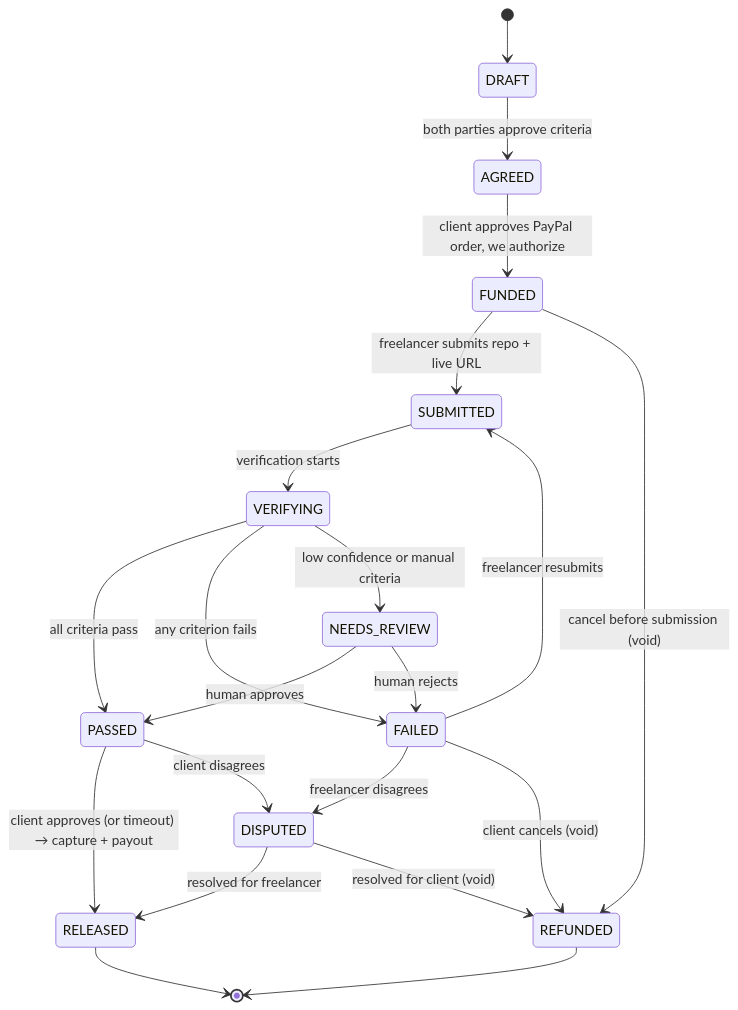
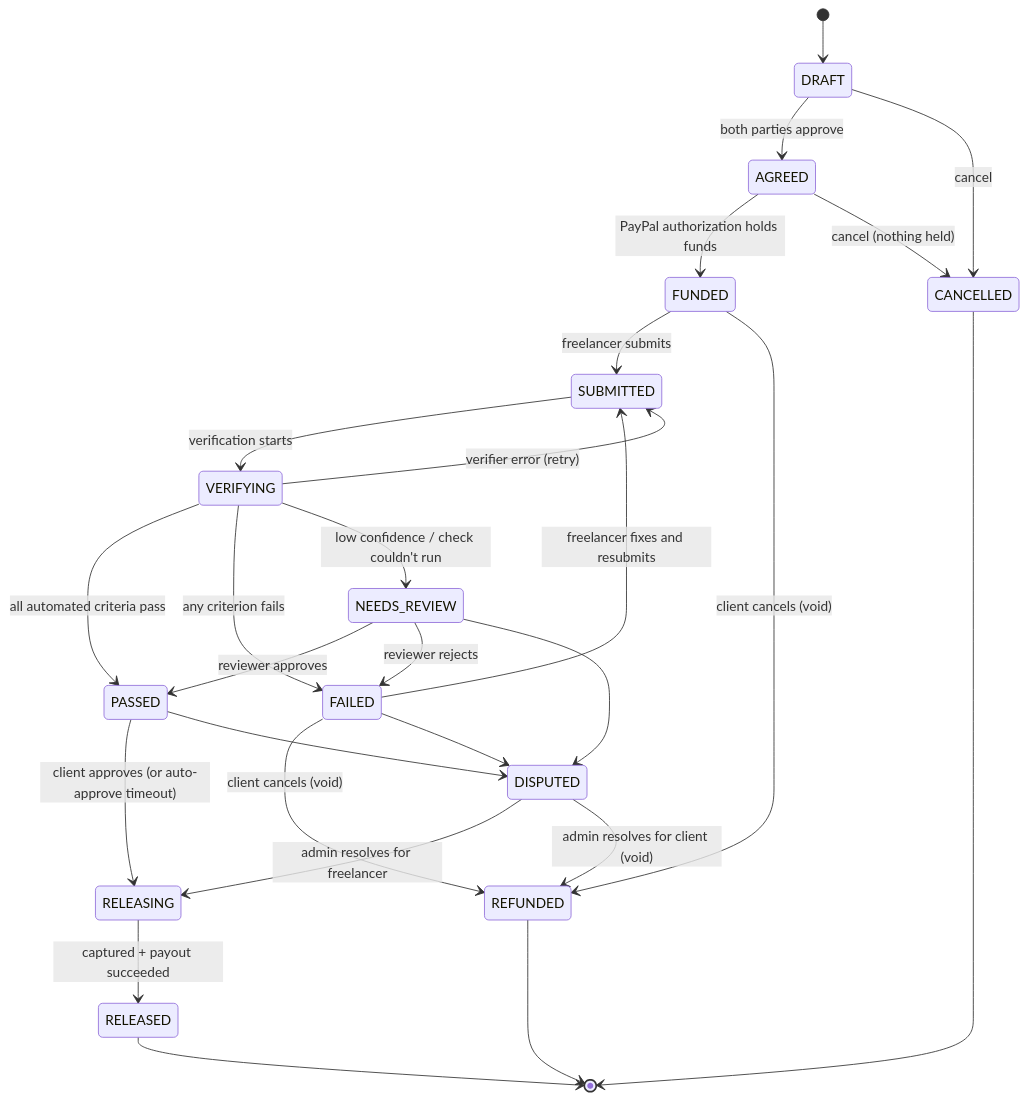
The second of 2 diagrams in docs/architecture.md (Sajidhussain19/PactPay), drawn with Mermaid before and after one commit. The commit also changed other lines of this file and 21 other files, not shown here.

````diff
--- a/docs/architecture.md
+++ b/docs/architecture.md
@@ -72,23 +72,29 @@
 ```mermaid
 stateDiagram-v2
     [*] --> DRAFT
-    DRAFT --> AGREED: both parties approve criteria
-    AGREED --> FUNDED: client approves PayPal order, we authorize
-    FUNDED --> SUBMITTED: freelancer submits repo + live URL
+    DRAFT --> AGREED: both parties approve
+    DRAFT --> CANCELLED: cancel
+    AGREED --> FUNDED: PayPal authorization holds funds
+    AGREED --> CANCELLED: cancel (nothing held)
+    FUNDED --> SUBMITTED: freelancer submits
+    FUNDED --> REFUNDED: client cancels (void)
     SUBMITTED --> VERIFYING: verification starts
-    VERIFYING --> PASSED: all criteria pass
+    VERIFYING --> PASSED: all automated criteria pass
     VERIFYING --> FAILED: any criterion fails
-    VERIFYING --> NEEDS_REVIEW: low confidence or manual criteria
-    NEEDS_REVIEW --> PASSED: human approves
-    NEEDS_REVIEW --> FAILED: human rejects
-    FAILED --> SUBMITTED: freelancer resubmits
-    PASSED --> RELEASED: client approves (or timeout) → capture + payout
-    PASSED --> DISPUTED: client disagrees
-    FAILED --> DISPUTED: freelancer disagrees
-    DISPUTED --> RELEASED: resolved for freelancer
-    DISPUTED --> REFUNDED: resolved for client (void)
-    FUNDED --> REFUNDED: cancel before submission (void)
+    VERIFYING --> NEEDS_REVIEW: low confidence / check couldn't run
+    VERIFYING --> SUBMITTED: verifier error (retry)
+    NEEDS_REVIEW --> PASSED: reviewer approves
+    NEEDS_REVIEW --> FAILED: reviewer rejects
+    FAILED --> SUBMITTED: freelancer fixes and resubmits
     FAILED --> REFUNDED: client cancels (void)
+    PASSED --> RELEASING: client approves (or auto-approve timeout)
+    RELEASING --> RELEASED: captured + payout succeeded
+    PASSED --> DISPUTED
+    FAILED --> DISPUTED
+    NEEDS_REVIEW --> DISPUTED
+    DISPUTED --> RELEASING: admin resolves for freelancer
+    DISPUTED --> REFUNDED: admin resolves for client (void)
     RELEASED --> [*]
     REFUNDED --> [*]
+    CANCELLED --> [*]
 ```
````
